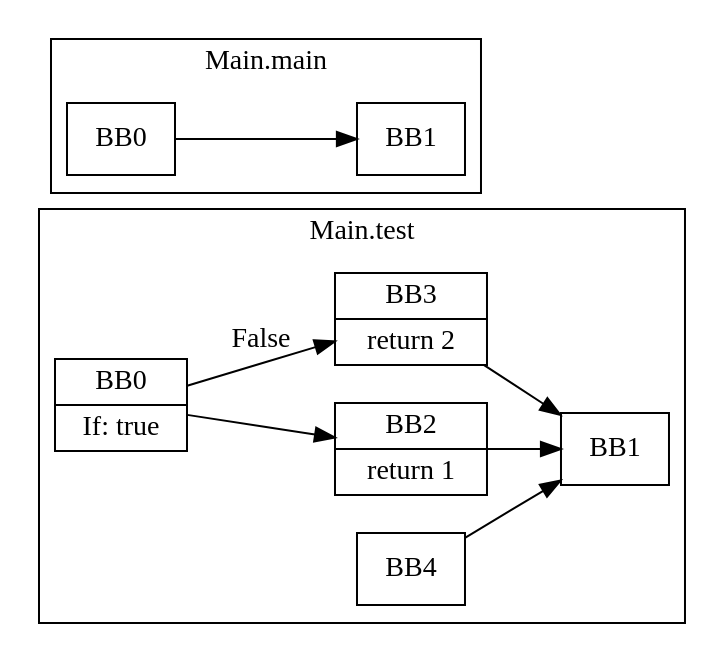
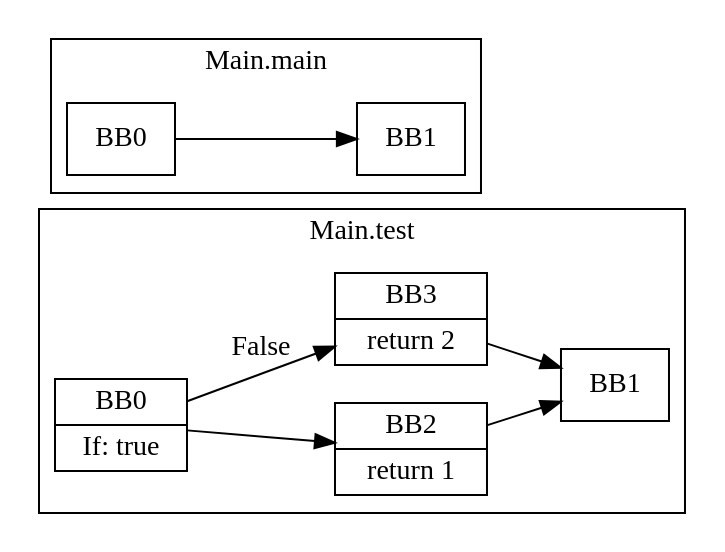
The diagram in HW5/javali_tests/not ours/new/HW3_javaliN/OkMissingReturn.javali.cfg.dot (fimeier/compilerDesign), drawn with Graphviz before and after one commit. The commit also changed 29 other files, not shown here.

```diff
--- a/HW5/javali_tests/not ours/new/HW3_javaliN/OkMissingReturn.javali.cfg.dot
+++ b/HW5/javali_tests/not ours/new/HW3_javaliN/OkMissingReturn.javali.cfg.dot
@@ -1,43 +1,38 @@
 digraph G {
   graph [ rankdir = "LR" ];
   subgraph cluster_0 {
     label = "Main.test"
     M0_BB0 [
       shape="record"
       label="BB0|If: true"
     ];
     M0_BB0 -> M0_BB2;
     M0_BB0 -> M0_BB3 [label="False"];
     M0_BB1 [
       shape="record"
       label="BB1"
     ];
     M0_BB2 [
       shape="record"
       label="BB2|return 1"
     ];
     M0_BB2 -> M0_BB1;
     M0_BB3 [
       shape="record"
       label="BB3|return 2"
     ];
     M0_BB3 -> M0_BB1;
-    M0_BB4 [
-      shape="record"
-      label="BB4"
-    ];
-    M0_BB4 -> M0_BB1;
   }
   subgraph cluster_1 {
     label = "Main.main"
     M1_BB0 [
       shape="record"
       label="BB0"
     ];
     M1_BB0 -> M1_BB1;
     M1_BB1 [
       shape="record"
       label="BB1"
     ];
   }
 }
```
